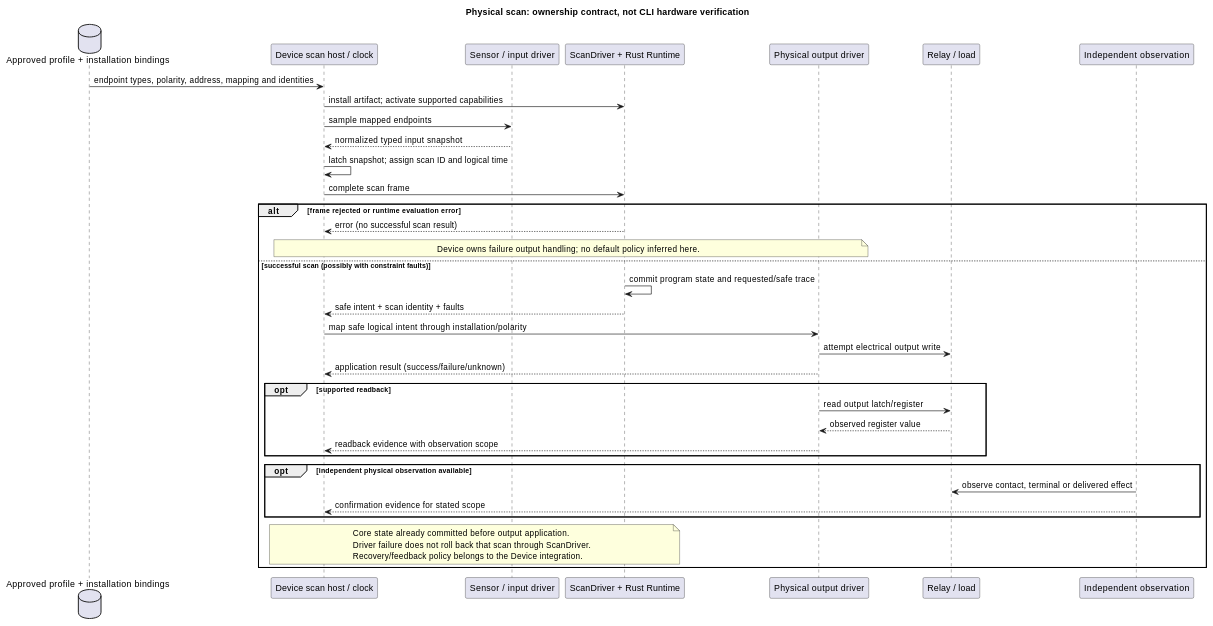
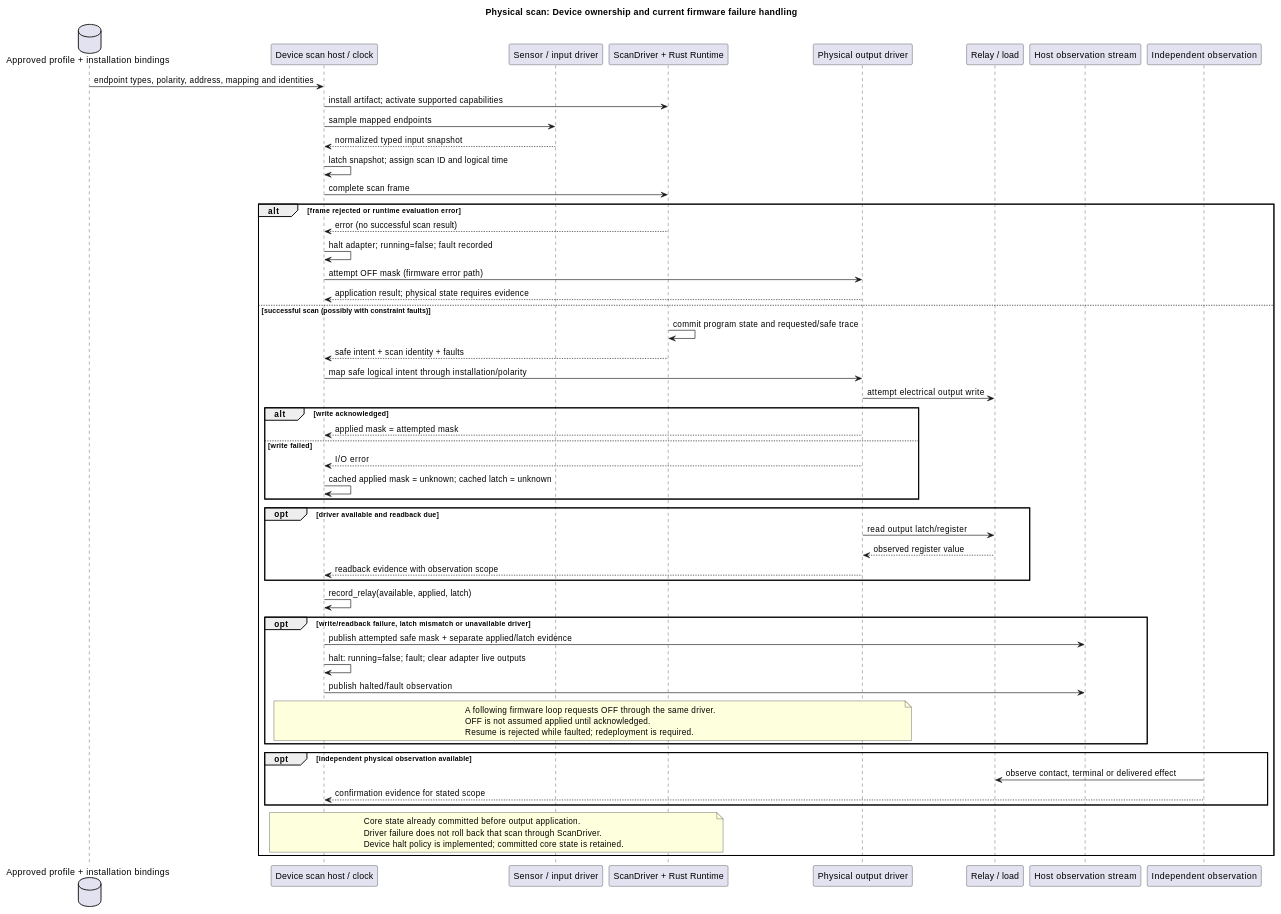
The fourth of 4 diagrams in docs/LLM-TOOLCHAIN-ARCHITECTURE.md (callin2/ghostflow-language), drawn with PlantUML before and after one commit. The commit also changed other lines of this file and 2 other files, not shown here.

Commit message:
Clarify lifecycle evidence and Device failure handling

````diff
--- a/docs/LLM-TOOLCHAIN-ARCHITECTURE.md
+++ b/docs/LLM-TOOLCHAIN-ARCHITECTURE.md
@@ -241,42 +241,61 @@
 ```plantuml
 @startuml
-title Physical scan: ownership contract, not CLI hardware verification
+title Physical scan: Device ownership and current firmware failure handling
 database "Approved profile + installation bindings" as Profile
 participant "Device scan host / clock" as Host
 participant "Sensor / input driver" as Input
 participant "ScanDriver + Rust Runtime" as Core
 participant "Physical output driver" as Output
 participant "Relay / load" as Load
+participant "Host observation stream" as Evidence
 participant "Independent observation" as Observer
 Profile -> Host: endpoint types, polarity, address, mapping and identities
 Host -> Core: install artifact; activate supported capabilities
 Host -> Input: sample mapped endpoints
 Input --> Host: normalized typed input snapshot
 Host -> Host: latch snapshot; assign scan ID and logical time
 Host -> Core: complete scan frame
 alt frame rejected or runtime evaluation error
   Core --> Host: error (no successful scan result)
-  note over Host,Output: Device owns failure output handling; no default policy inferred here.
+  Host -> Host: halt adapter; running=false; fault recorded
+  Host -> Output: attempt OFF mask (firmware error path)
+  Output --> Host: application result; physical state requires evidence
 else successful scan (possibly with constraint faults)
   Core -> Core: commit program state and requested/safe trace
   Core --> Host: safe intent + scan identity + faults
   Host -> Output: map safe logical intent through installation/polarity
   Output -> Load: attempt electrical output write
-  Output --> Host: application result (success/failure/unknown)
-  opt supported readback
+  alt write acknowledged
+    Output --> Host: applied mask = attempted mask
+  else write failed
+    Output --> Host: I/O error
+    Host -> Host: cached applied mask = unknown; cached latch = unknown
+  end
+  opt driver available and readback due
     Output -> Load: read output latch/register
     Load --> Output: observed register value
     Output --> Host: readback evidence with observation scope
+  end
+  Host -> Host: record_relay(available, applied, latch)
+  opt write/readback failure, latch mismatch or unavailable driver
+    Host -> Evidence: publish attempted safe mask + separate applied/latch evidence
+    Host -> Host: halt: running=false; fault; clear adapter live outputs
+    Host -> Evidence: publish halted/fault observation
+    note over Host,Output
+      A following firmware loop requests OFF through the same driver.
+      OFF is not assumed applied until acknowledged.
+      Resume is rejected while faulted; redeployment is required.
+    end note
   end
   opt independent physical observation available
     Observer -> Load: observe contact, terminal or delivered effect
     Observer --> Host: confirmation evidence for stated scope
   end
   note over Host,Core
     Core state already committed before output application.
     Driver failure does not roll back that scan through ScanDriver.
-    Recovery/feedback policy belongs to the Device integration.
+    Device halt policy is implemented; committed core state is retained.
   end note
 end
 @enduml
 ```
````
